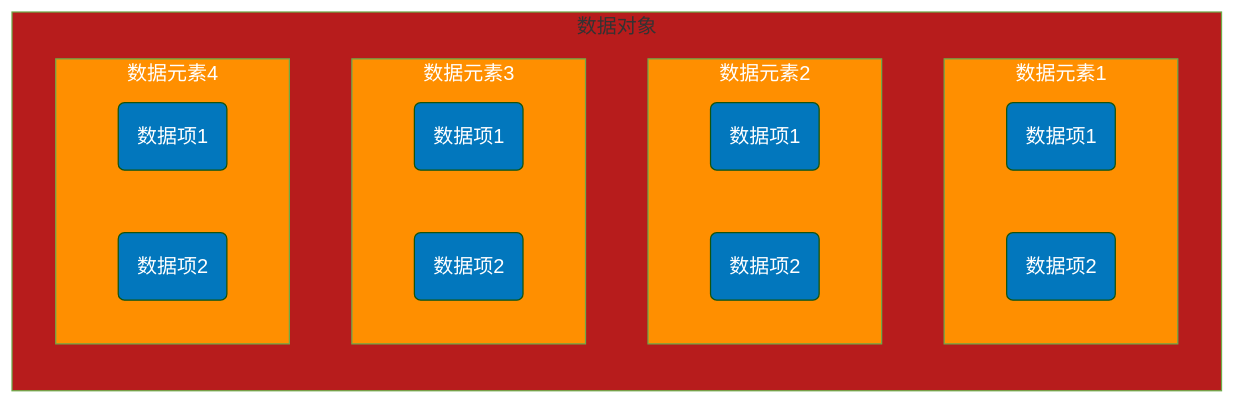
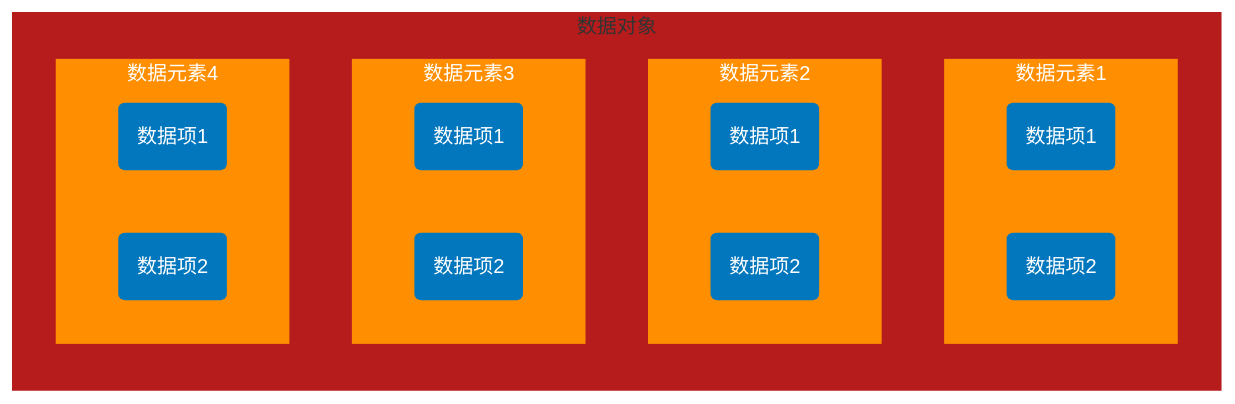
One commit to 1099571219/my-blog-site changed the seventh of 7 diagrams in source/_posts/Web -- Knowledge is infinite/数据结构与算法/数据结构.md. Above: the diagram before and after it, drawn with Mermaid (forest theme).

````diff
--- a/source/_posts/Web -- Knowledge is infinite/数据结构与算法/数据结构.md
+++ b/source/_posts/Web -- Knowledge is infinite/数据结构与算法/数据结构.md
@@ -271,37 +271,37 @@
 ```mermaid
 graph LR
     subgraph 数据对象
         subgraph 数据元素1
             B1(数据项1)
             B2(数据项2)
         end
         subgraph 数据元素2
             B3(数据项1)
             B4(数据项2)
         end
         subgraph 数据元素3
             B5(数据项1)
             B6(数据项2)
         end
         subgraph 数据元素4
             B7(数据项1)
             B8(数据项2)
         end
     end
-    style 数据对象 fill:#b71c1c;
-    classDef 数据元素 fill:#ff8f00,color:white;
-    classDef 数据项 fill:#0277bd,color:white;
+    style 数据对象 fill:#b71c1c,stroke:none;
+    classDef 数据元素 fill:#ff8f00,color:white,stroke:none;
+    classDef 数据项 fill:#0277bd,color:white,stroke:none;
     class 数据元素1 数据元素;
     class 数据元素2 数据元素;
     class 数据元素3 数据元素;
     class 数据元素4 数据元素;
     class B1 数据项;
     class B2 数据项;
     class B3 数据项;
     class B4 数据项;
     class B5 数据项;
     class B6 数据项;
     class B7 数据项;
     class B8 数据项;
     classDef default color:white;
 ```
````
